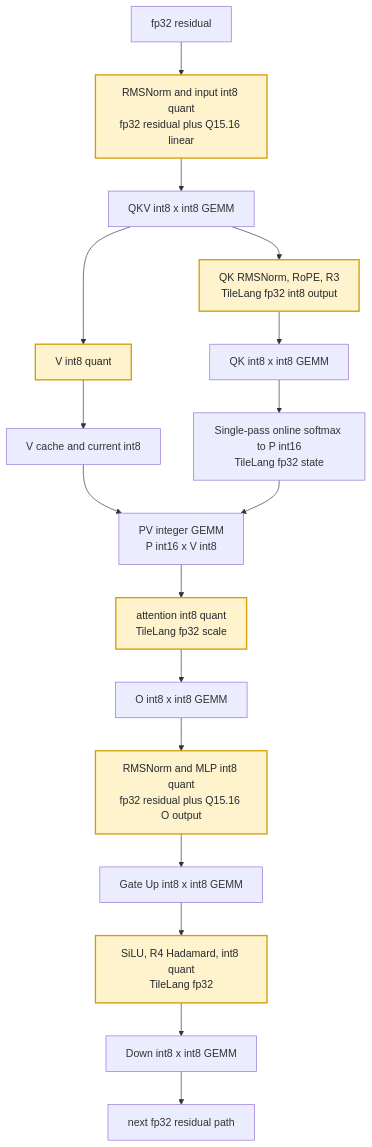
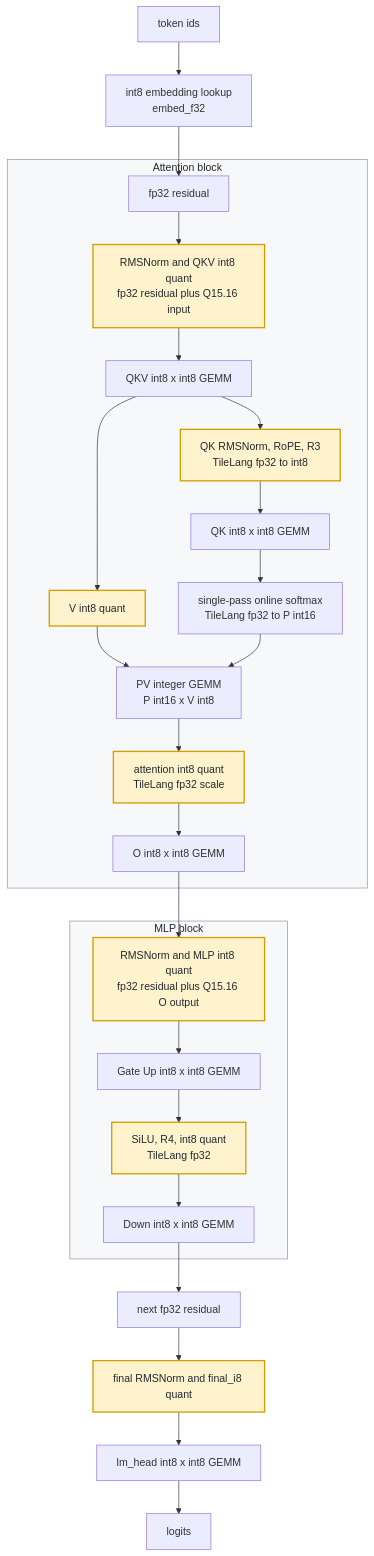
The first of 2 diagrams in examples/qwen3_int_only/README.md (54limiao/tilelang), drawn with Mermaid before and after one commit. The commit also changed other lines of this file and 2 other files, not shown here.

Commit message:
Document qwen int8 flow and simplify hidden path

````diff
--- a/examples/qwen3_int_only/README.md
+++ b/examples/qwen3_int_only/README.md
@@ -41,21 +41,34 @@
 ```mermaid
 flowchart TD
-  A["fp32 residual"] --> B["RMSNorm and input int8 quant<br/>fp32 residual plus Q15.16 linear"]
-  B --> C["QKV int8 x int8 GEMM"]
-  C --> D["QK RMSNorm, RoPE, R3<br/>TileLang fp32 int8 output"]
-  C --> E["V int8 quant"]
-  E --> F["V cache and current int8"]
-  D --> G["QK int8 x int8 GEMM"]
-  G --> H["Single-pass online softmax to P int16<br/>TileLang fp32 state"]
-  F --> J["PV integer GEMM<br/>P int16 x V int8"]
-  H --> J
-  J --> K["attention int8 quant<br/>TileLang fp32 scale"]
-  K --> L["O int8 x int8 GEMM"]
-  L --> M["RMSNorm and MLP int8 quant<br/>fp32 residual plus Q15.16 O output"]
-  M --> N["Gate Up int8 x int8 GEMM"]
-  N --> O["SiLU, R4 Hadamard, int8 quant<br/>TileLang fp32"]
-  O --> P["Down int8 x int8 GEMM"]
-  P --> Q["next fp32 residual path"]
-  class B,D,E,K,M,O quant;
+  TOK["token ids"] --> EMB["int8 embedding lookup<br/>embed_f32"]
+  EMB --> RES0["fp32 residual"]
+
+  subgraph ATTN["Attention block"]
+    RES0 --> A_RMS["RMSNorm and QKV int8 quant<br/>fp32 residual plus Q15.16 input"]
+    A_RMS --> QKV["QKV int8 x int8 GEMM"]
+    QKV --> QKPRE["QK RMSNorm, RoPE, R3<br/>TileLang fp32 to int8"]
+    QKV --> VQ["V int8 quant"]
+    QKPRE --> QK["QK int8 x int8 GEMM"]
+    QK --> SM["single-pass online softmax<br/>TileLang fp32 to P int16"]
+    VQ --> PV["PV integer GEMM<br/>P int16 x V int8"]
+    SM --> PV
+    PV --> AQ["attention int8 quant<br/>TileLang fp32 scale"]
+    AQ --> OPROJ["O int8 x int8 GEMM"]
+  end
+
+  subgraph MLP["MLP block"]
+    OPROJ --> M_RMS["RMSNorm and MLP int8 quant<br/>fp32 residual plus Q15.16 O output"]
+    M_RMS --> GU["Gate Up int8 x int8 GEMM"]
+    GU --> ACT["SiLU, R4, int8 quant<br/>TileLang fp32"]
+    ACT --> DOWN["Down int8 x int8 GEMM"]
+  end
+
+  DOWN --> RES1["next fp32 residual"]
+  RES1 --> FINAL["final RMSNorm and final_i8 quant"]
+  FINAL --> HEAD["lm_head int8 x int8 GEMM"]
+  HEAD --> LOGITS["logits"]
+  class A_RMS,QKPRE,VQ,AQ,M_RMS,ACT,FINAL quant;
+  style ATTN fill:#f6f8fa,stroke:#8c959f,stroke-width:1px,color:#24292f
+  style MLP fill:#f6f8fa,stroke:#8c959f,stroke-width:1px,color:#24292f
   classDef quant fill:#fff3cd,stroke:#d39e00,stroke-width:2px,color:#24292f;
 ```
````
